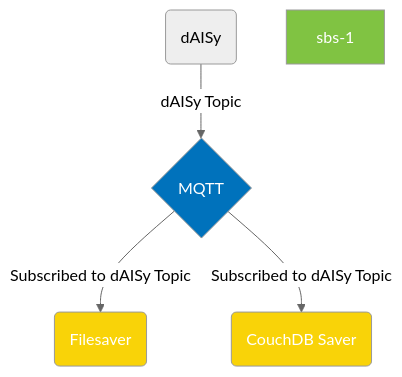
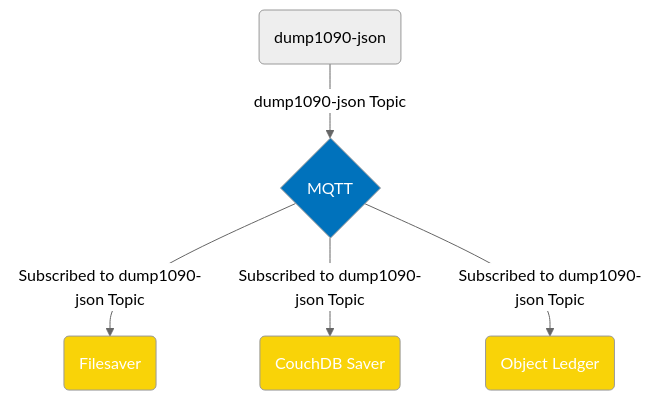
One commit to IQTLabs/edgetech-dump1090-json changed the diagram in README.md. Above: the diagram before and after it, drawn with Mermaid (neutral theme). The commit also changed other lines of this file and 7 other files, not shown here.

````diff
--- a/README.md
+++ b/README.md
@@ -74,13 +74,14 @@
 ```mermaid 
 
 flowchart TD
-    daisy(dAISy) -- dAISy Topic --> mqtt{MQTT}
-    mqtt{MQTT} -- Subscribed to dAISy Topic --> filesaver(Filesaver)
-    mqtt{MQTT} -- Subscribed to dAISy Topic -->  couchdbsaver(CouchDB Saver)
+    dump1090-json(dump1090-json) -- dump1090-json Topic --> mqtt{MQTT}
+    mqtt{MQTT} -- Subscribed to dump1090-json Topic --> filesaver(Filesaver)
+    mqtt{MQTT} -- Subscribed to dump1090-json Topic -->  couchdbsaver(CouchDB Saver)
+    mqtt{MQTT} -- Subscribed to dump1090-json Topic -->  objectledger(Object Ledger)
 
 style mqtt fill:#0072bc,color:#ffffff
-style sbs-1 fill:#80c342,color:#ffffff
 style couchdbsaver fill:#F9D308,color:#ffffff
 style filesaver fill:#F9D308,color:#ffffff
+style objectledger fill:#F9D308,color:#ffffff
 
 ```
````
